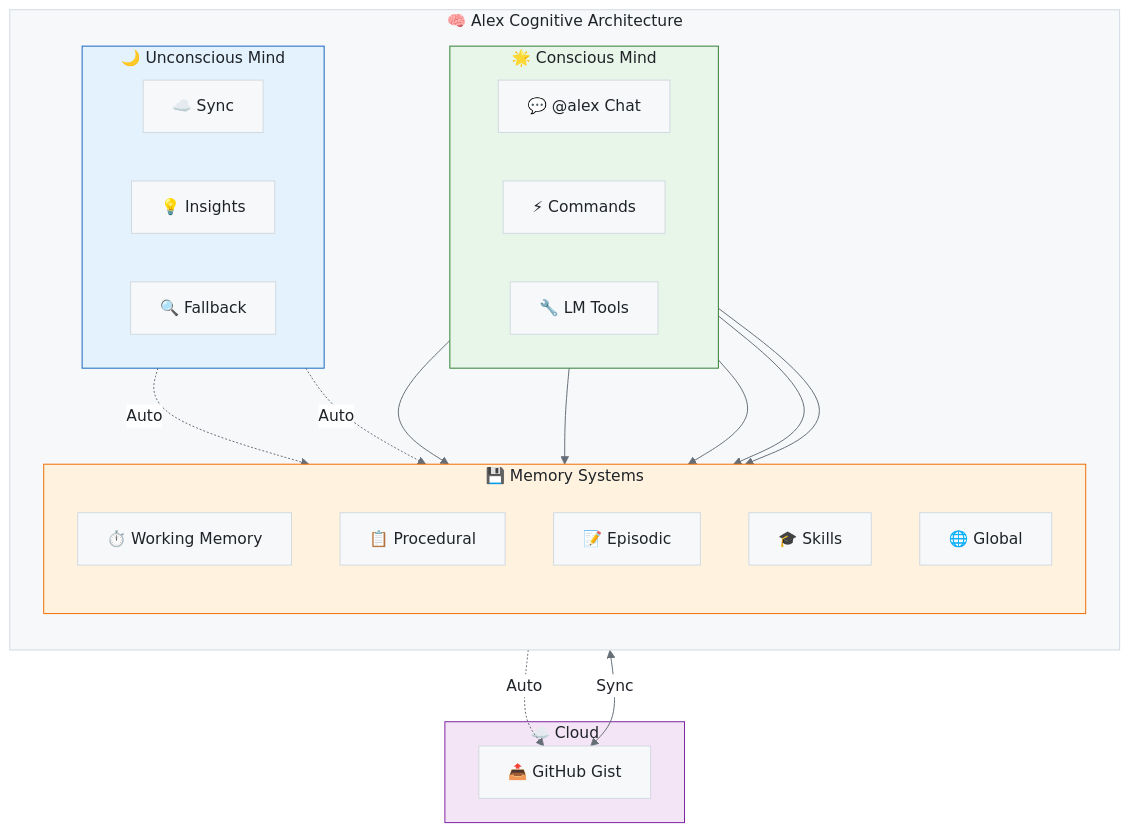
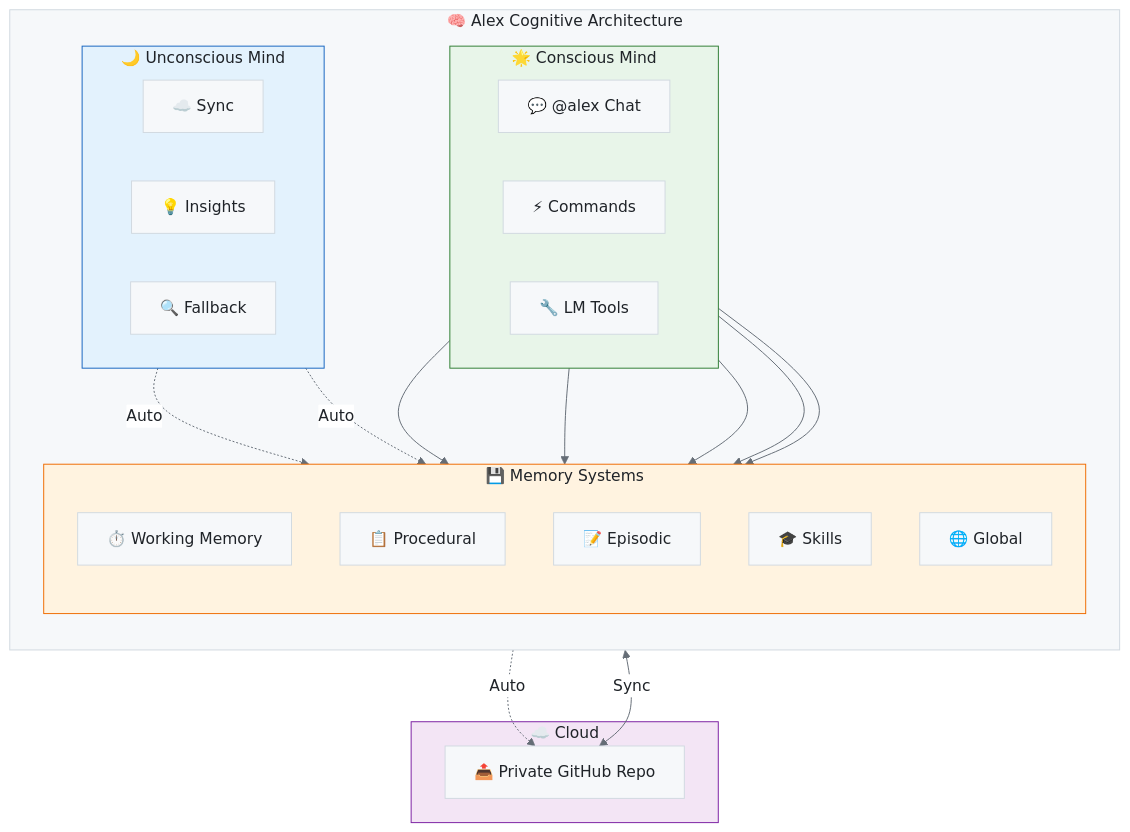
Before and after one commit to fabioc-aloha/Alex_Plug_In: the diagram in alex_docs/README.md, drawn with Mermaid. The commit also changed other lines of this file and 11 other files, not shown here.

First line of the commit message:
docs: replace GitHub Gist with private GitHub repo throughout

````diff
--- a/alex_docs/README.md
+++ b/alex_docs/README.md
@@ -80,49 +80,49 @@
 ```mermaid
 %%{init: {'theme': 'base', 'themeVariables': { 'primaryColor': '#f6f8fa', 'primaryTextColor': '#1f2328', 'primaryBorderColor': '#d1d9e0', 'lineColor': '#656d76', 'secondaryColor': '#f6f8fa', 'tertiaryColor': '#ffffff', 'background': '#ffffff', 'mainBkg': '#f6f8fa', 'nodeBorder': '#d1d9e0', 'clusterBkg': '#f6f8fa', 'clusterBorder': '#d1d9e0', 'titleColor': '#1f2328', 'edgeLabelBackground': '#ffffff'}}}%%
 flowchart TB
     subgraph ALEX["🧠 Alex Cognitive Architecture"]
         direction TB
 
         subgraph CONSCIOUS["🌟 Conscious Mind"]
             direction LR
             CM["💬 @alex Chat"]
             CMD["⚡ Commands"]
             TOOLS["🔧 LM Tools"]
         end
 
         subgraph UNCONSCIOUS["🌙 Unconscious Mind"]
             direction LR
             BGS["☁️ Sync"]
             AID["💡 Insights"]
             AFB["🔍 Fallback"]
         end
 
         subgraph MEMORY["💾 Memory Systems"]
             direction TB
             WM["⏱️ Working Memory"]
             PM["📋 Procedural"]
             EM["📝 Episodic"]
             SK["🎓 Skills"]
             GK["🌐 Global"]
         end
     end
 
     subgraph CLOUD["☁️ Cloud"]
-        GIST["📤 GitHub Gist"]
+        GIST["📤 Private GitHub Repo"]
     end
 
     CM --> WM
     CMD --> PM & EM
     TOOLS --> SK & GK
 
     BGS -.->|"Auto"| GIST
     AID -.->|"Auto"| GK
     AFB -.->|"Auto"| GK
 
     GK <-->|"Sync"| GIST
 
     style CONSCIOUS fill:#e8f5e9,stroke:#2e7d32
     style UNCONSCIOUS fill:#e3f2fd,stroke:#1565c0
     style MEMORY fill:#fff3e0,stroke:#ef6c00
     style CLOUD fill:#f3e5f5,stroke:#7b1fa2
 ```
````
